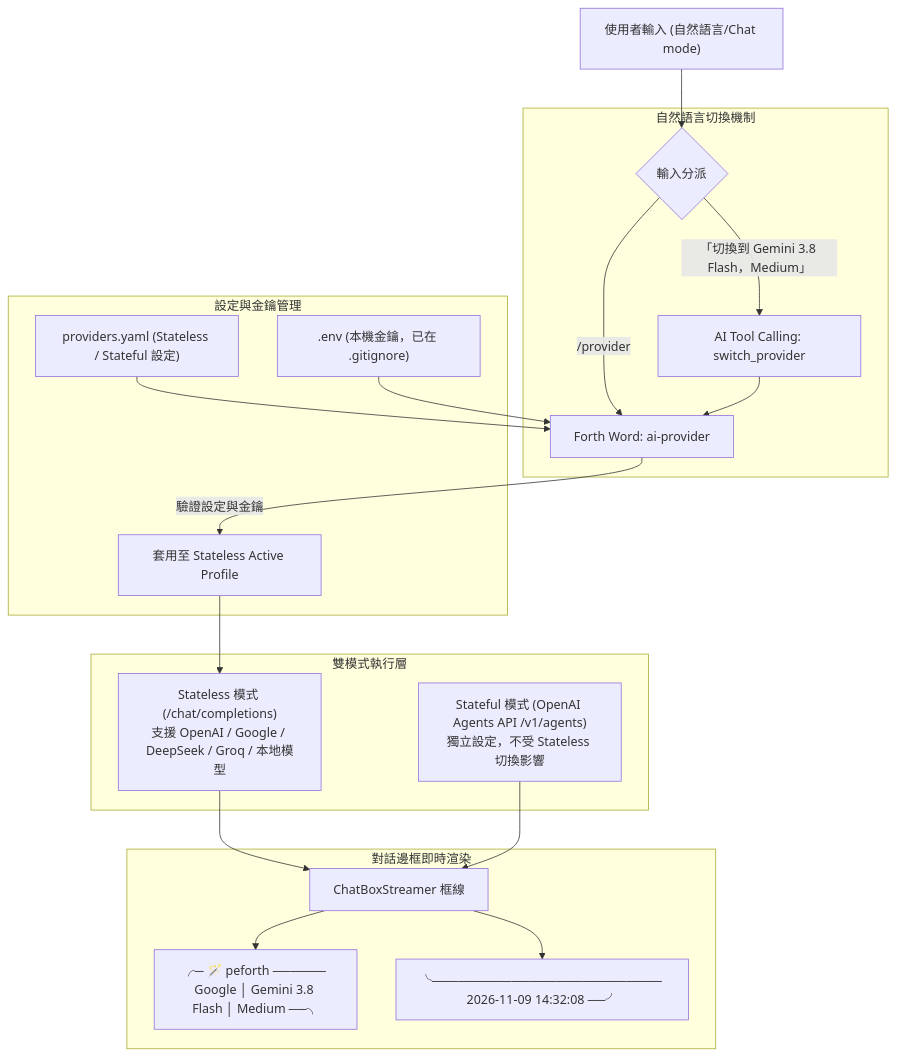
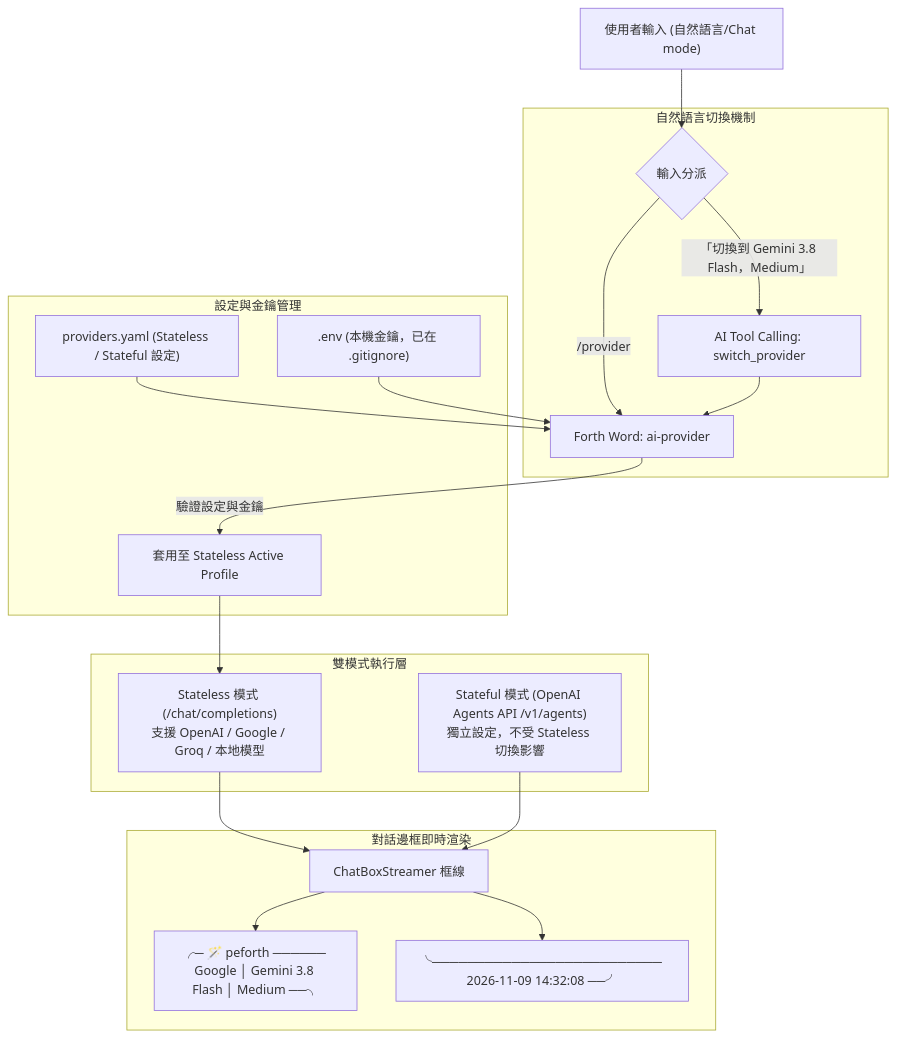
The diagram in docs/development/multi-provider-plan.md (hcchengithub/peforth), drawn with Mermaid before and after one commit. The commit also changed other lines of this file and 9 other files, not shown here.

````diff
--- a/docs/development/multi-provider-plan.md
+++ b/docs/development/multi-provider-plan.md
@@ -9,28 +9,28 @@
 ```mermaid
 flowchart TD
     User["使用者輸入 (自然語言/Chat mode)"] --> InputRouter{"輸入分派"}
     
     subgraph NaturalLanguageSwitching ["自然語言切換機制"]
         InputRouter -->|"「切換到 Gemini 3.8 Flash，Medium」"| LLMTool["AI Tool Calling: switch_provider"]
         InputRouter -->|"/provider <name>"| ForthWord["Forth Word: ai-provider"]
         LLMTool --> ForthWord
     end
 
     subgraph ConfigAndKey ["設定與金鑰管理"]
         YAML["providers.yaml (Stateless / Stateful 設定)"] --> ForthWord
         Env[".env (本機金鑰，已在 .gitignore)"] --> ForthWord
         ForthWord -->|"驗證設定與金鑰"| ActiveProfile["套用至 Stateless Active Profile"]
     end
 
     subgraph DualModeExecution ["雙模式執行層"]
-        ActiveProfile --> StatelessExec["Stateless 模式 (/chat/completions)\n支援 OpenAI / Google / DeepSeek / Groq / 本地模型"]
+        ActiveProfile --> StatelessExec["Stateless 模式 (/chat/completions)\n支援 OpenAI / Google / Groq / 本地模型"]
         StatefulExec["Stateful 模式 (OpenAI Agents API /v1/agents)\n獨立設定，不受 Stateless 切換影響"]
     end
 
     subgraph ChatTurnBox ["對話邊框即時渲染"]
         StatelessExec --> BoxRender["ChatBoxStreamer 框線"]
         StatefulExec --> BoxRender
         BoxRender --> TopBorder["╭─ 🪄 peforth ────── Google │ Gemini 3.8 Flash │ Medium ──╮"]
         BoxRender --> BottomBorder["╰────────────────────────── 2026-11-09 14:32:08 ──╯"]
     end
 ```
````
